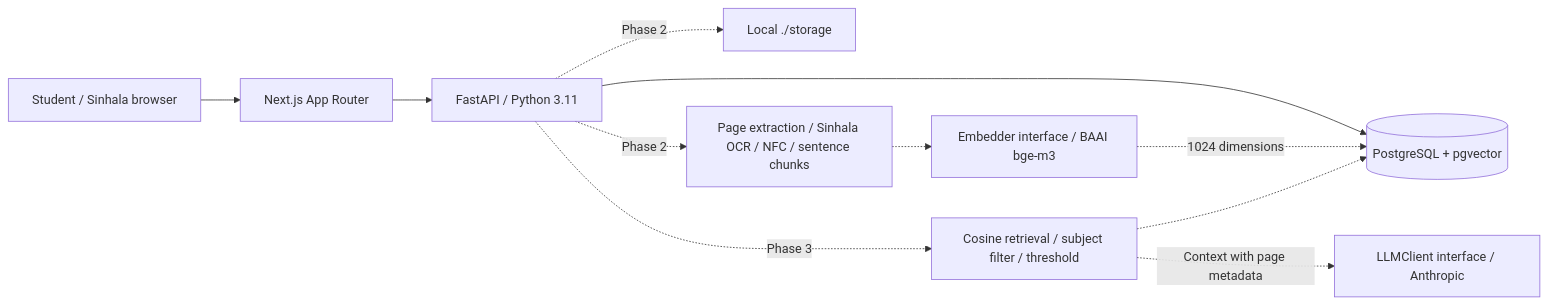
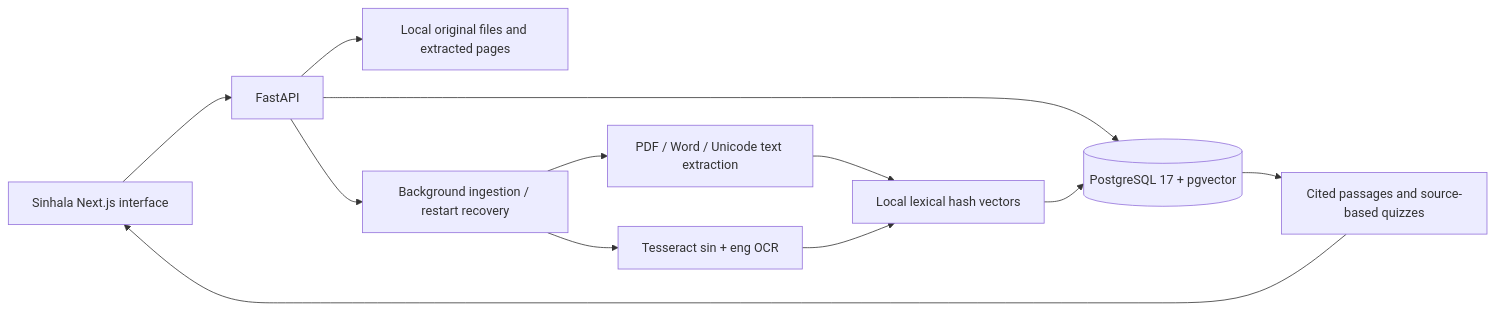
The diagram in README.md (deshandinidu2001/sinhala-study-assistant), drawn with Mermaid before and after one commit. The commit also changed other lines of this file and 37 other files, not shown here.

````diff
--- a/README.md
+++ b/README.md
@@ -11,13 +38,14 @@
 ```mermaid
 flowchart LR
-    Student[Student / Sinhala browser] --> UI[Next.js App Router]
-    UI --> API[FastAPI / Python 3.11]
-    API --> DB[(PostgreSQL + pgvector)]
-    API -. Phase 2 .-> Storage[Local ./storage]
-    API -. Phase 2 .-> Ingest[Page extraction / Sinhala OCR / NFC / sentence chunks]
-    Ingest -.-> Embed[Embedder interface / BAAI bge-m3]
-    Embed -. 1024 dimensions .-> DB
-    API -. Phase 3 .-> Retrieval[Cosine retrieval / subject filter / threshold]
-    Retrieval -.-> DB
-    Retrieval -. Context with page metadata .-> LLM[LLMClient interface / Anthropic]
+    Browser[Sinhala Next.js interface] --> API[FastAPI]
+    API --> Database[(PostgreSQL 17 + pgvector)]
+    API --> Storage[Local original files and extracted pages]
+    API --> Worker[Background ingestion / restart recovery]
+    Worker --> Extract[PDF / Word / Unicode text extraction]
+    Worker --> OCR[Tesseract sin + eng OCR]
+    Extract --> Index[Local lexical hash vectors]
+    OCR --> Index
+    Index --> Database
+    Database --> Sources[Cited passages and source-based quizzes]
+    Sources --> Browser
 ```
````
